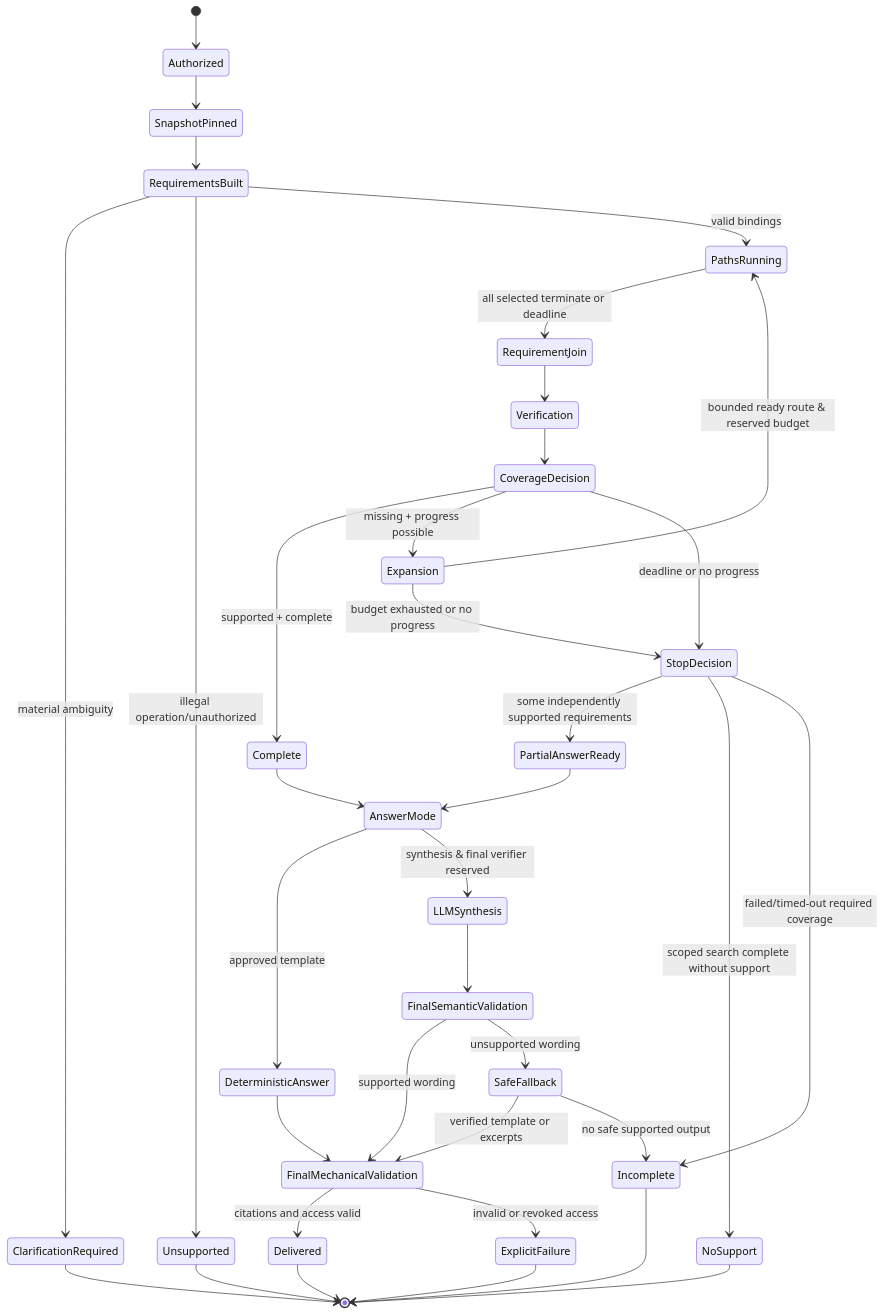
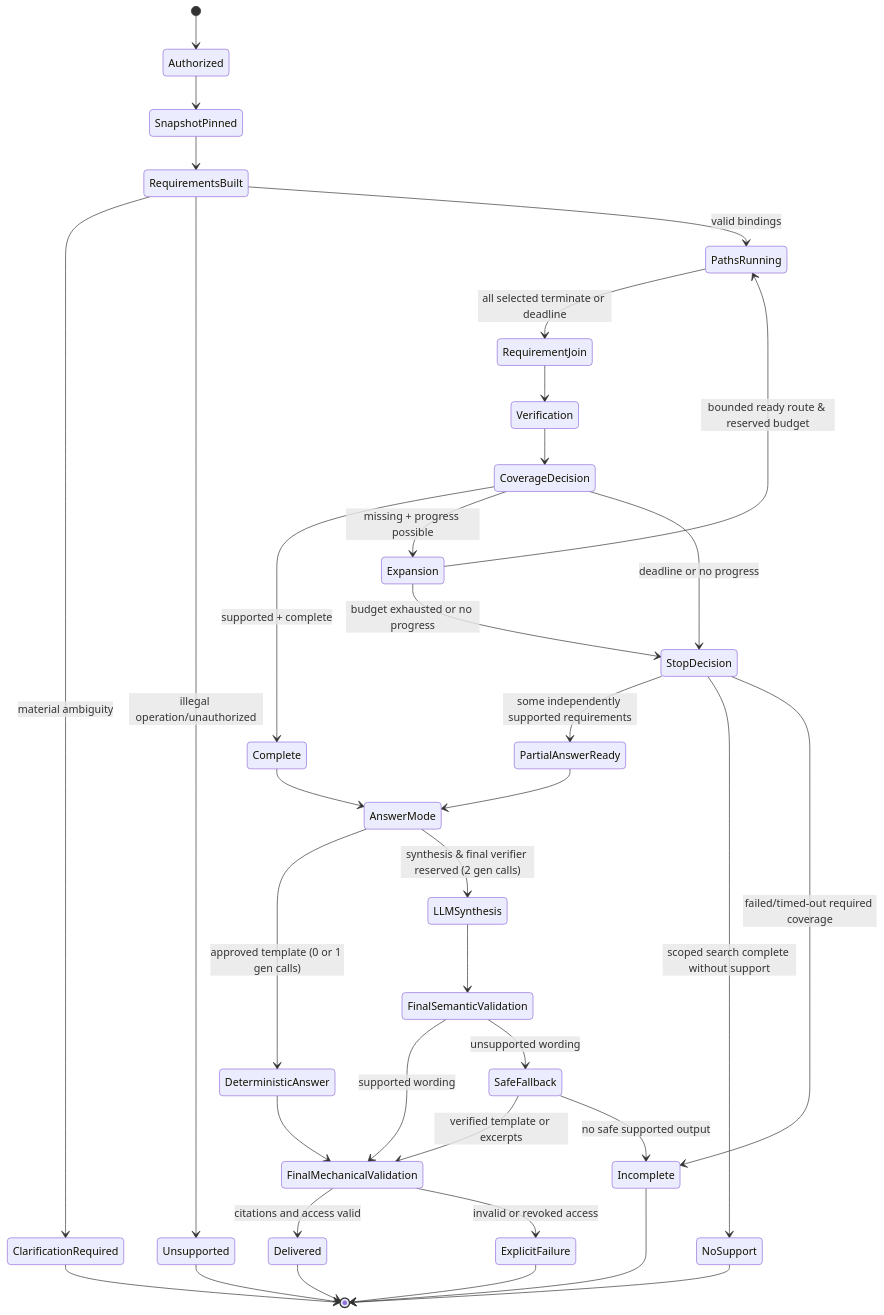
Before and after one commit to SGOD-pro/knowledge-retrieval-engine: the diagram in docs/WORKFLOW.md, drawn with Mermaid. The commit also changed other lines of this file and 13 other files, not shown here.

````diff
--- a/docs/WORKFLOW.md
+++ b/docs/WORKFLOW.md
@@ -25,38 +46,38 @@
 ```mermaid
 stateDiagram-v2
     [*] --> Authorized
     Authorized --> SnapshotPinned
     SnapshotPinned --> RequirementsBuilt
     RequirementsBuilt --> ClarificationRequired: material ambiguity
     RequirementsBuilt --> Unsupported: illegal operation/unauthorized
     RequirementsBuilt --> PathsRunning: valid bindings
     PathsRunning --> RequirementJoin: all selected terminate or deadline
     RequirementJoin --> Verification
     Verification --> CoverageDecision
     CoverageDecision --> Complete: supported + complete
     CoverageDecision --> Expansion: missing + progress possible
     CoverageDecision --> StopDecision: deadline or no progress
     Expansion --> PathsRunning: bounded ready route & reserved budget
     Expansion --> StopDecision: budget exhausted or no progress
     StopDecision --> PartialAnswerReady: some independently supported requirements
     StopDecision --> NoSupport: scoped search complete without support
     StopDecision --> Incomplete: failed/timed-out required coverage
     Complete --> AnswerMode
     PartialAnswerReady --> AnswerMode
-    AnswerMode --> DeterministicAnswer: approved template
-    AnswerMode --> LLMSynthesis: synthesis & final verifier reserved
+    AnswerMode --> DeterministicAnswer: approved template (0 or 1 gen calls)
+    AnswerMode --> LLMSynthesis: synthesis & final verifier reserved (2 gen calls)
     LLMSynthesis --> FinalSemanticValidation
     FinalSemanticValidation --> FinalMechanicalValidation: supported wording
     FinalSemanticValidation --> SafeFallback: unsupported wording
     SafeFallback --> FinalMechanicalValidation: verified template or excerpts
     SafeFallback --> Incomplete: no safe supported output
     DeterministicAnswer --> FinalMechanicalValidation
     FinalMechanicalValidation --> Delivered: citations and access valid
     FinalMechanicalValidation --> ExplicitFailure: invalid or revoked access
     Delivered --> [*]
     ClarificationRequired --> [*]
     Unsupported --> [*]
     NoSupport --> [*]
     Incomplete --> [*]
     ExplicitFailure --> [*]
 ```
````
